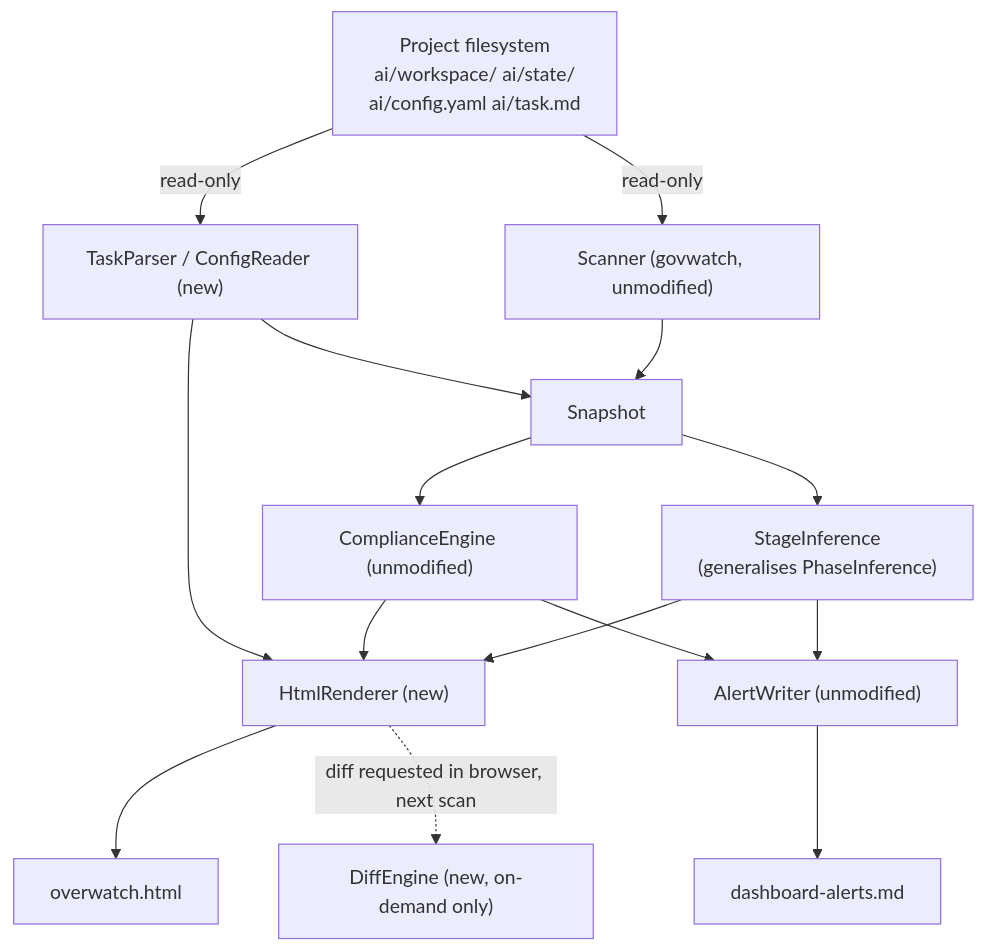
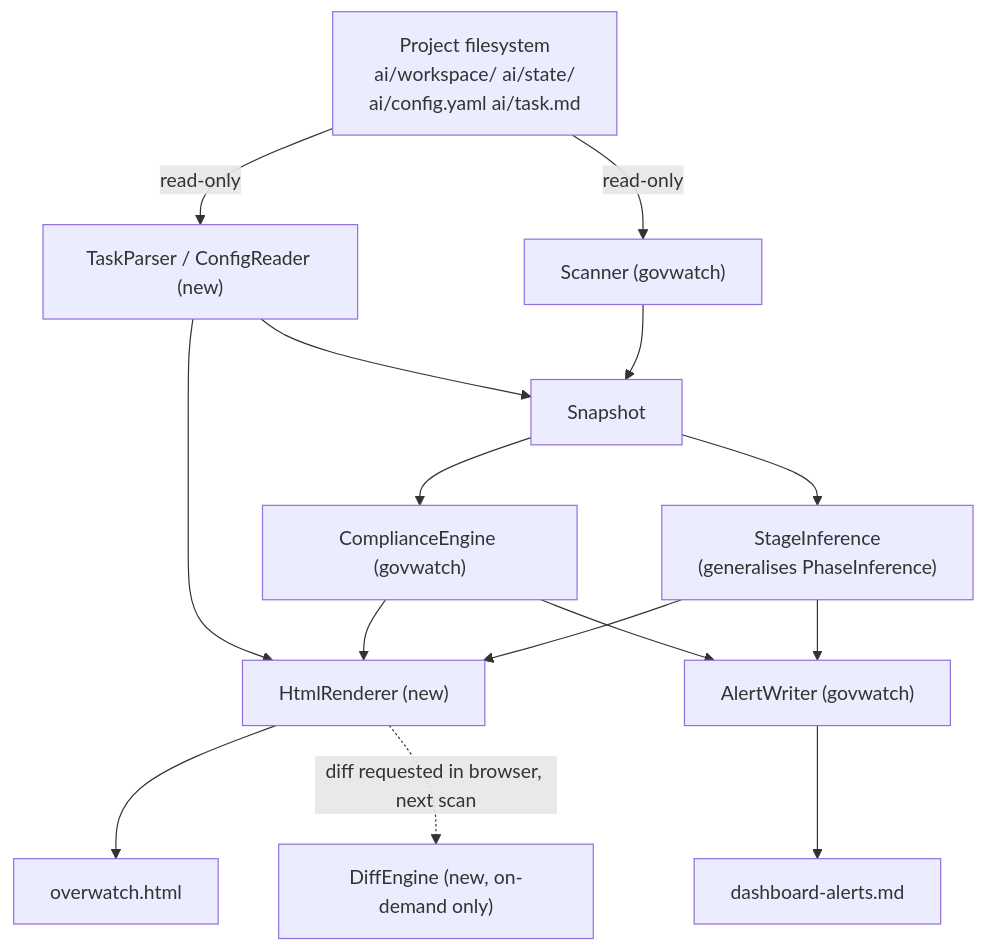
The diagram in dev/design/design-project-overwatch.md (William12556/AI-Governance-and-Orchestration), drawn with Mermaid before and after one commit. The commit also changed other lines of this file and 9 other files, not shown here.

````diff
--- a/dev/design/design-project-overwatch.md
+++ b/dev/design/design-project-overwatch.md
@@ -112,29 +113,29 @@
 ```mermaid
 graph TD
     FS["Project filesystem<br/>ai/workspace/ ai/state/<br/>ai/config.yaml ai/task.md"]
-    SC["Scanner (govwatch, unmodified)"]
+    SC["Scanner (govwatch)"]
     NEW["TaskParser / ConfigReader (new)"]
     SNAP["Snapshot"]
     PI["StageInference<br/>(generalises PhaseInference)"]
-    CE["ComplianceEngine (unmodified)"]
+    CE["ComplianceEngine (govwatch)"]
     DE["DiffEngine (new, on-demand only)"]
     RN["HtmlRenderer (new)"]
     OUT["overwatch.html"]
-    AW["AlertWriter (unmodified)"]
+    AW["AlertWriter (govwatch)"]
     ALERTS["dashboard-alerts.md"]
 
     FS -->|read-only| SC
     FS -->|read-only| NEW
     SC --> SNAP
     NEW --> SNAP
     SNAP --> PI
     SNAP --> CE
     PI --> RN
     CE --> RN
     NEW --> RN
     RN --> OUT
     PI --> AW
     CE --> AW
     AW --> ALERTS
     RN -.->|diff requested in browser, next scan| DE
 ```
````
